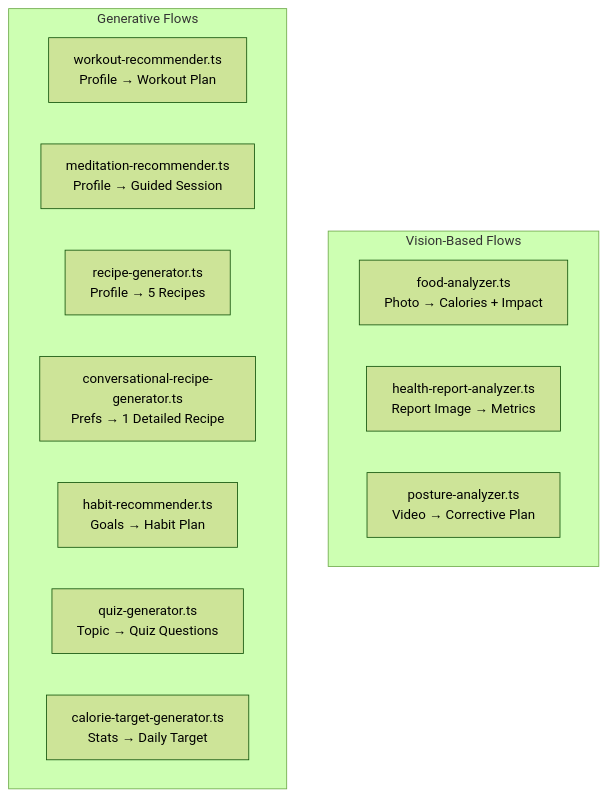
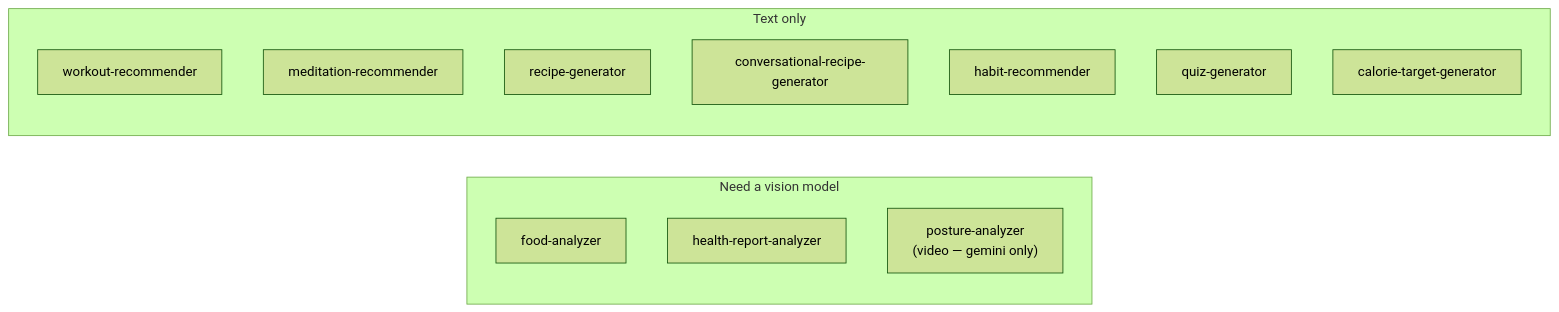
Before and after one commit to knotking/healthgeek: the fourth of 5 diagrams in docs/code/README.md, drawn with Mermaid (forest theme). The commit also changed other lines of this file and 6 other files, not shown here.

````diff
--- a/docs/code/README.md
+++ b/docs/code/README.md
@@ -56,18 +211,17 @@
 ```mermaid
-graph TD
-    subgraph Vision ["Vision-Based Flows"]
-        FA["food-analyzer.ts<br/>Photo → Calories + Impact"]
-        HRA["health-report-analyzer.ts<br/>Report Image → Metrics"]
-        PA["posture-analyzer.ts<br/>Video → Corrective Plan"]
+flowchart LR
+    subgraph vision ["Need a vision model"]
+        fa["food-analyzer"]
+        hra["health-report-analyzer"]
+        pa["posture-analyzer<br/>(video — gemini only)"]
     end
-
-    subgraph Generative ["Generative Flows"]
-        WR["workout-recommender.ts<br/>Profile → Workout Plan"]
-        MR["meditation-recommender.ts<br/>Profile → Guided Session"]
-        RG["recipe-generator.ts<br/>Profile → 5 Recipes"]
-        CRG["conversational-recipe-generator.ts<br/>Prefs → 1 Detailed Recipe"]
-        HR["habit-recommender.ts<br/>Goals → Habit Plan"]
-        QG["quiz-generator.ts<br/>Topic → Quiz Questions"]
-        CTG["calorie-target-generator.ts<br/>Stats → Daily Target"]
+    subgraph text ["Text only"]
+        wr["workout-recommender"]
+        mr["meditation-recommender"]
+        rg["recipe-generator"]
+        crg["conversational-recipe-generator"]
+        hr["habit-recommender"]
+        qg["quiz-generator"]
+        ctg["calorie-target-generator"]
     end
 ```
````
